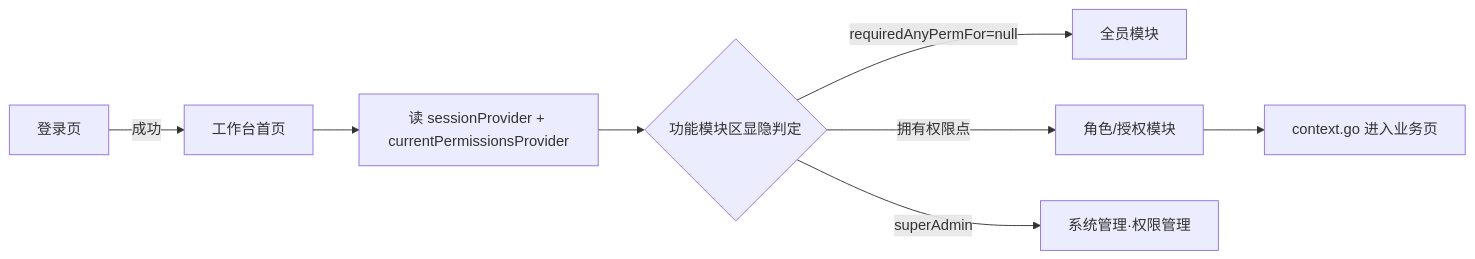
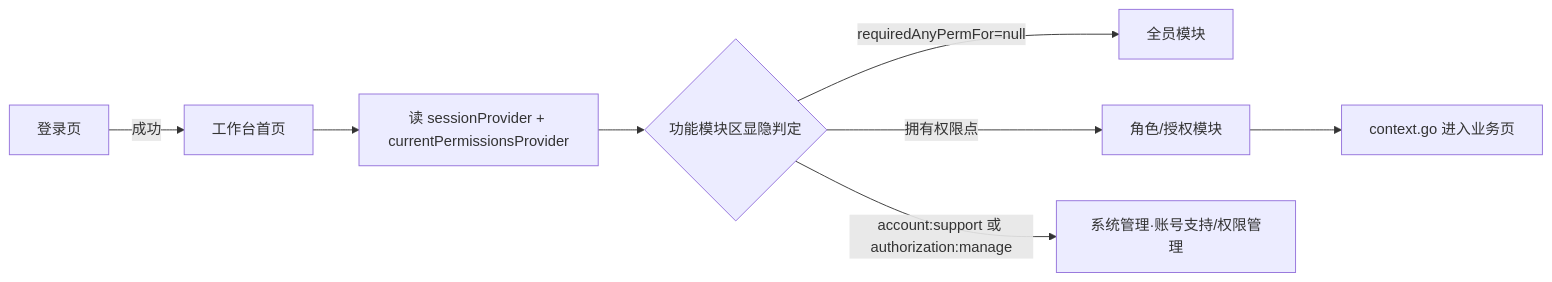
Before and after one commit to BruceChu0424/utenelec_imp: the diagram in docs/03-页面/工作台首页.md, drawn with Mermaid. The commit also changed other lines of this file and 952 other files, not shown here.

````diff
--- a/docs/03-页面/工作台首页.md
+++ b/docs/03-页面/工作台首页.md
@@ -78,10 +85,10 @@
 ```mermaid
 flowchart LR
     L[登录页] -->|成功| D[工作台首页]
     D --> P[读 sessionProvider + currentPermissionsProvider]
     P --> F{功能模块区显隐判定}
     F -->|requiredAnyPermFor=null| ALL[全员模块]
     F -->|拥有权限点| ROLE[角色/授权模块]
-    F -->|superAdmin| ADMIN[系统管理·权限管理]
+    F -->|account:support 或 authorization:manage| ADMIN[系统管理·账号支持/权限管理]
     ROLE --> GO[context.go 进入业务页]
 ```
````
